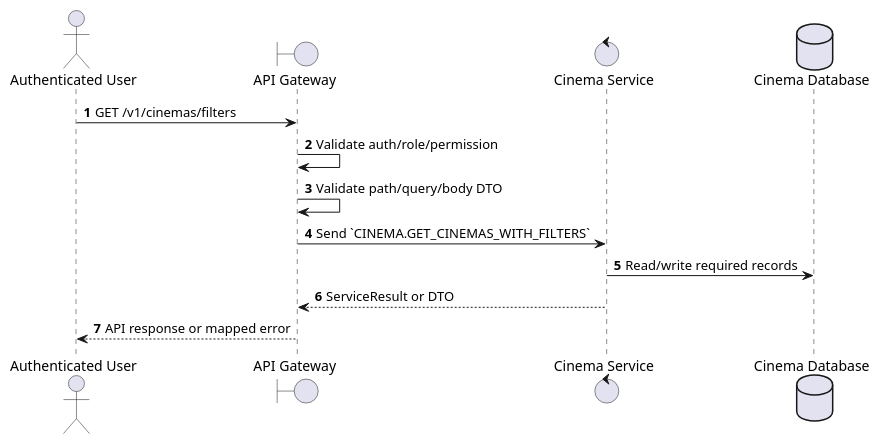
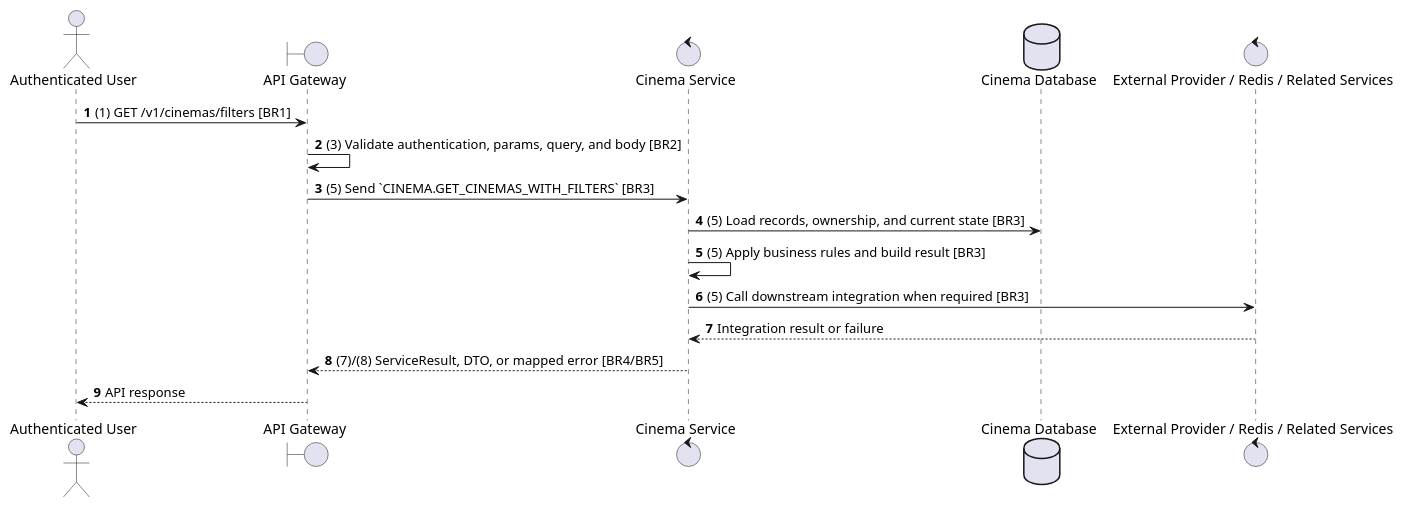
The second of 2 diagrams in docs/functional_specs/3.2.1_Cinema_Management/CM-08_Filter_Cinemas.md (Tanh1603/movie-hub-architecture), drawn with PlantUML before and after one commit. The commit also changed other lines of this file and 129 other files, not shown here.

````diff
--- a/docs/functional_specs/3.2.1_Cinema_Management/CM-08_Filter_Cinemas.md
+++ b/docs/functional_specs/3.2.1_Cinema_Management/CM-08_Filter_Cinemas.md
@@ -17,17 +64,20 @@
 ```plantuml
 @startuml
 autonumber
 actor "Authenticated User" as Actor
 boundary "API Gateway" as GW
 control "Cinema Service" as SVC
 database "Cinema Database" as DB
+control "External Provider / Redis / Related Services" as EXT
 
-Actor -> GW: GET /v1/cinemas/filters
-GW -> GW: Validate auth/role/permission
-GW -> GW: Validate path/query/body DTO
-GW -> SVC: Send `CINEMA.GET_CINEMAS_WITH_FILTERS`
-SVC -> DB: Read/write required records
-SVC --> GW: ServiceResult or DTO
-GW --> Actor: API response or mapped error
+Actor -> GW: (1) GET /v1/cinemas/filters [BR1]
+GW -> GW: (3) Validate authentication, params, query, and body [BR2]
+GW -> SVC: (5) Send `CINEMA.GET_CINEMAS_WITH_FILTERS` [BR3]
+SVC -> DB: (5) Load records, ownership, and current state [BR3]
+SVC -> SVC: (5) Apply business rules and build result [BR3]
+SVC -> EXT: (5) Call downstream integration when required [BR3]
+EXT --> SVC: Integration result or failure
+SVC --> GW: (7)/(8) ServiceResult, DTO, or mapped error [BR4/BR5]
+GW --> Actor: API response
 @enduml
 ```
````
